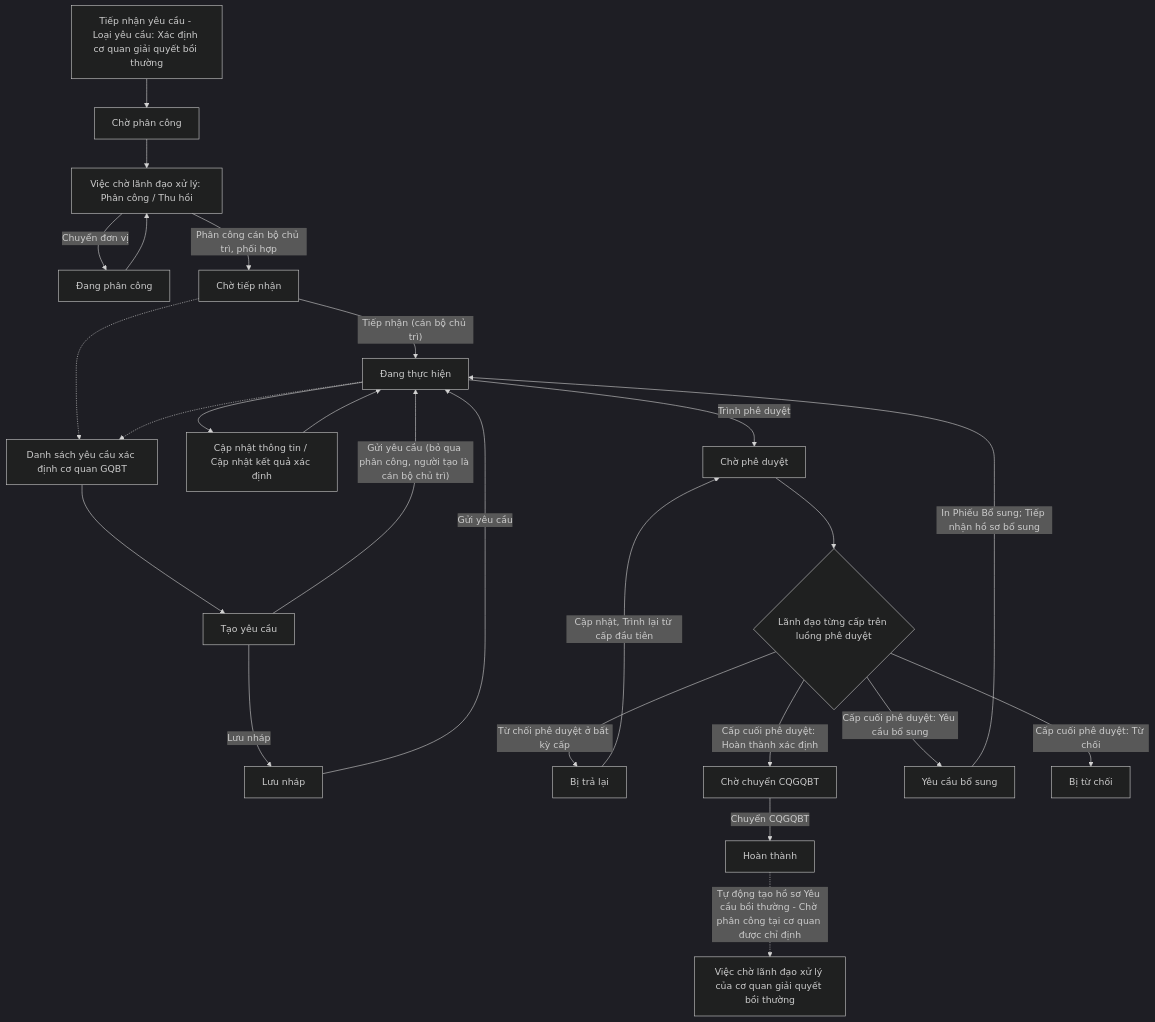
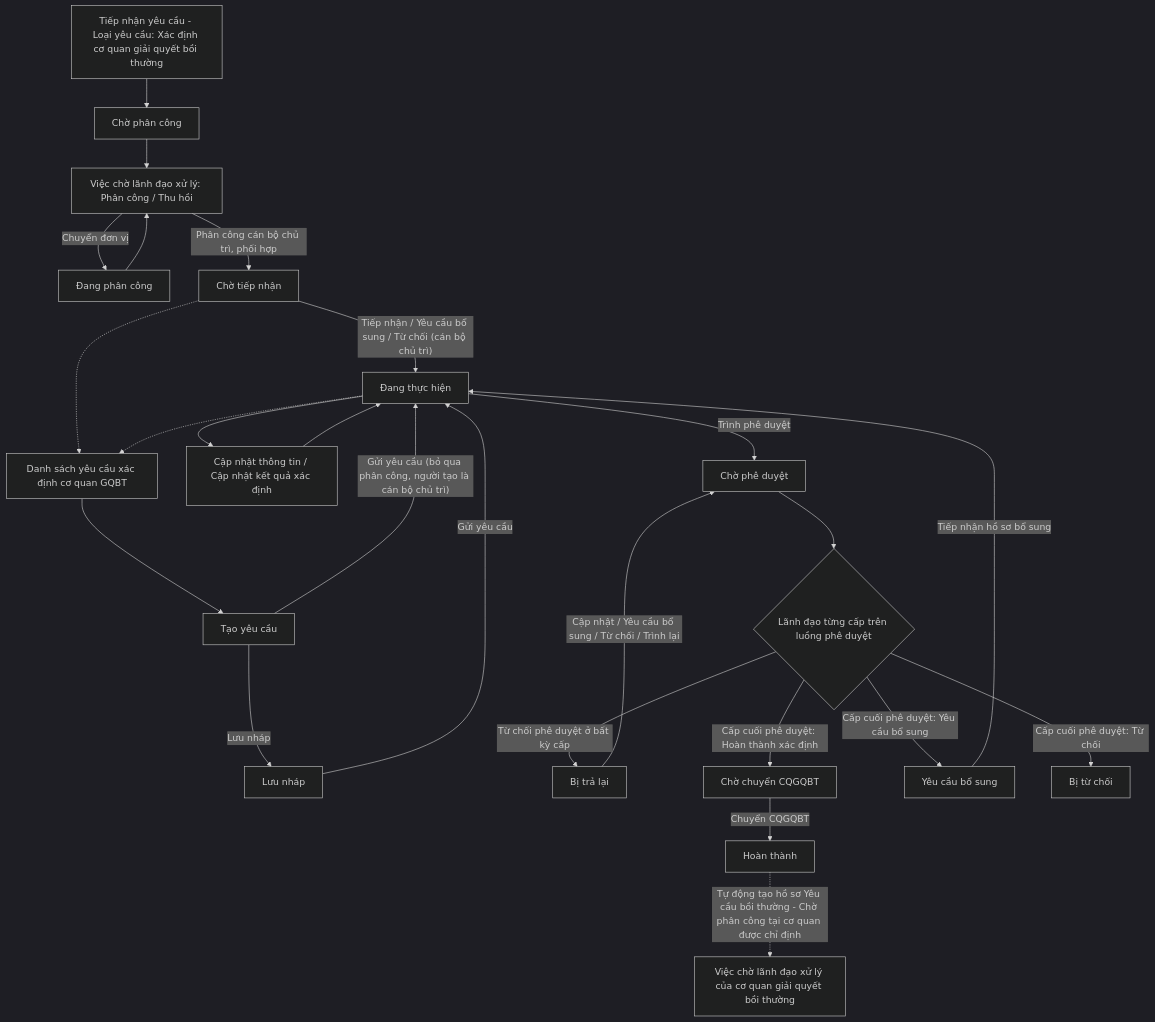
The diagram in Tai lieu phan tich/03_Website_Quan_tri/03_Cong_tac_boi_thuong/SRS_BTNN_GiaiQuyetBT__Xac định cơ quan GQBT.md (huyendt2007/BPBD_UI), drawn with Mermaid (dark theme) before and after one commit. The commit also changed other lines of this file and 6 other files, not shown here.

````diff
--- a/Tai lieu phan tich/03_Website_Quan_tri/03_Cong_tac_boi_thuong/SRS_BTNN_GiaiQuyetBT__Xac định cơ quan GQBT.md
+++ b/Tai lieu phan tich/03_Website_Quan_tri/03_Cong_tac_boi_thuong/SRS_BTNN_GiaiQuyetBT__Xac định cơ quan GQBT.md
@@ -85,27 +78,27 @@
 ```mermaid
 flowchart TD
     TN["Tiếp nhận yêu cầu - Loại yêu cầu: Xác định cơ quan giải quyết bồi thường"] --> CPC["Chờ phân công"]
     CPC --> LD["Việc chờ lãnh đạo xử lý: Phân công / Thu hồi"]
     LD -->|"Chuyển đơn vị"| DPC["Đang phân công"]
     DPC --> LD
     LD -->|"Phân công cán bộ chủ trì, phối hợp"| CTN["Chờ tiếp nhận"]
     A["Danh sách yêu cầu xác định cơ quan GQBT"] --> C["Tạo yêu cầu"]
     C -->|"Lưu nháp"| D["Lưu nháp"]
     D -->|"Gửi yêu cầu"| DTH["Đang thực hiện"]
     C -->|"Gửi yêu cầu (bỏ qua phân công, người tạo là cán bộ chủ trì)"| DTH
-    CTN -->|"Tiếp nhận (cán bộ chủ trì)"| DTH
+    CTN -->|"Tiếp nhận / Yêu cầu bổ sung / Từ chối (cán bộ chủ trì)"| DTH
     DTH --> KQ["Cập nhật thông tin / Cập nhật kết quả xác định"]
     KQ --> DTH
     DTH -->|"Trình phê duyệt"| CPD["Chờ phê duyệt"]
     CPD --> PD{"Lãnh đạo từng cấp trên luồng phê duyệt"}
     PD -->|"Từ chối phê duyệt ở bất kỳ cấp"| BTL["Bị trả lại"]
-    BTL -->|"Cập nhật, Trình lại từ cấp đầu tiên"| CPD
+    BTL -->|"Cập nhật / Yêu cầu bổ sung / Từ chối / Trình lại"| CPD
     PD -->|"Cấp cuối phê duyệt: Hoàn thành xác định"| CC["Chờ chuyển CQGQBT"]
     PD -->|"Cấp cuối phê duyệt: Yêu cầu bổ sung"| YCBS["Yêu cầu bổ sung"]
     PD -->|"Cấp cuối phê duyệt: Từ chối"| BTC["Bị từ chối"]
-    YCBS -->|"In Phiếu Bổ sung; Tiếp nhận hồ sơ bổ sung"| DTH
+    YCBS -->|"Tiếp nhận hồ sơ bổ sung"| DTH
     CC -->|"Chuyển CQGQBT"| HT["Hoàn thành"]
     HT -.->|"Tự động tạo hồ sơ Yêu cầu bồi thường - Chờ phân công tại cơ quan được chỉ định"| YC["Việc chờ lãnh đạo xử lý của cơ quan giải quyết bồi thường"]
     CTN -.-> A
     DTH -.-> A
 ```
````
